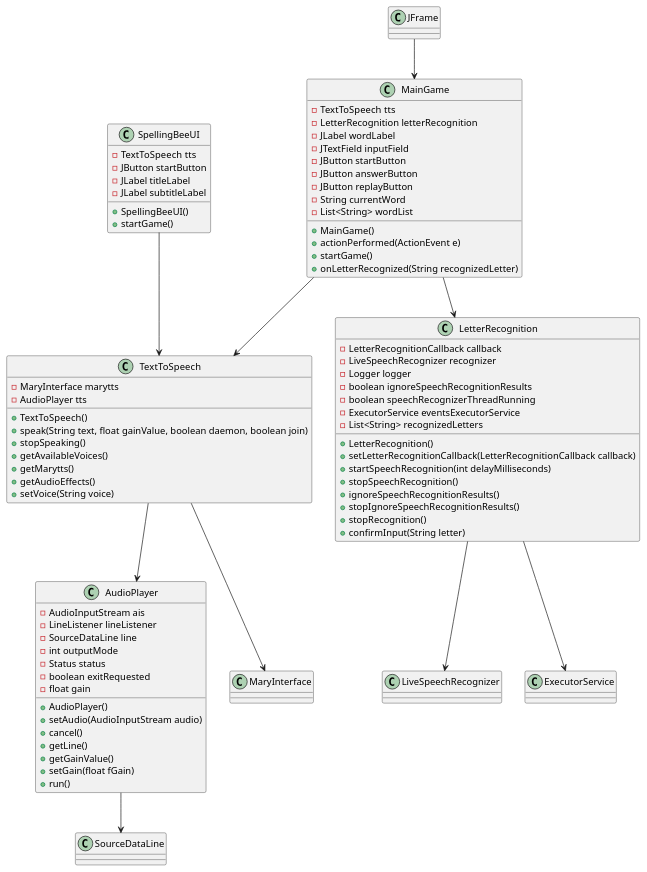
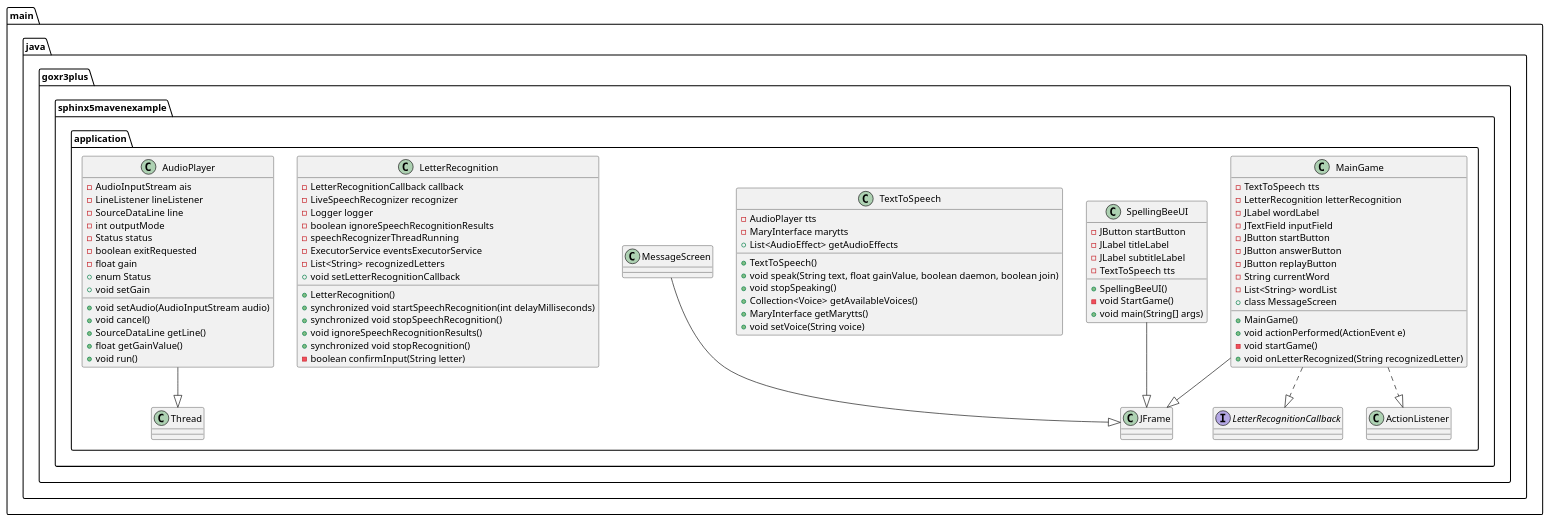
One commit to almirarana31/OOPFinalProject changed the diagram in src/main/java/goxr3plus/sphinx5mavenexample/application/Class.puml. Above: the diagram before and after it, drawn with PlantUML.

```diff
--- a/src/main/java/goxr3plus/sphinx5mavenexample/application/Class.puml
+++ b/src/main/java/goxr3plus/sphinx5mavenexample/application/Class.puml
@@ -1,87 +1,80 @@
 @startuml
-class MainGame {
-  - TextToSpeech tts
-  - LetterRecognition letterRecognition
-  - JLabel wordLabel
-  - JTextField inputField
-  - JButton startButton
-  - JButton answerButton
-  - JButton replayButton
-  - String currentWord
-  - List<String> wordList
+package main.java.goxr3plus.sphinx5mavenexample.application {
+    class MainGame {
+        - TextToSpeech tts
+        - LetterRecognition letterRecognition
+        - JLabel wordLabel
+        - JTextField inputField
+        - JButton startButton
+        - JButton answerButton
+        - JButton replayButton
+        - String currentWord
+        - List<String> wordList
+        + MainGame()
+        + void actionPerformed(ActionEvent e)
+        - void startGame()
+        + void onLetterRecognized(String recognizedLetter)
+        + class MessageScreen
+    }
+    class SpellingBeeUI {
+    - JButton startButton
+    - JLabel titleLabel
+    - JLabel subtitleLabel
+    - TextToSpeech tts
+    + SpellingBeeUI()
+    - void StartGame()
+    + void main(String[] args)
+    }
+    class TextToSpeech {
+    - AudioPlayer tts
+    - MaryInterface marytts
+    + TextToSpeech()
+    + void speak(String text, float gainValue, boolean daemon, boolean join)
+    + void stopSpeaking()
+    + Collection<Voice> getAvailableVoices()
+    + MaryInterface getMarytts()
+    + List<AudioEffect> getAudioEffects
+    + void setVoice(String voice)
+    }
+    class AudioPlayer {
+    - AudioInputStream ais
+    - LineListener lineListener
+    - SourceDataLine line
+    - int outputMode
+    - Status status
+    - boolean exitRequested
+    - float gain
+    + enum Status
+    + void setAudio(AudioInputStream audio)
+    + void cancel()
+    + SourceDataLine getLine()
+    + float getGainValue()
+    + void setGain
+    + void run()
+    }
+    class LetterRecognition {
+    - LetterRecognitionCallback callback
+    - LiveSpeechRecognizer recognizer
+    - Logger logger
+    - boolean ignoreSpeechRecognitionResults
+    - speechRecognizerThreadRunning
+    - ExecutorService eventsExecutorService
+    - List<String> recognizedLetters
+    + LetterRecognition()
+    + void setLetterRecognitionCallback
+    + synchronized void startSpeechRecognition(int delayMilliseconds)
+    + synchronized void stopSpeechRecognition()
+    + void ignoreSpeechRecognitionResults()
+    + synchronized void stopRecognition()
+    - boolean confirmInput(String letter)
+    }
+    interface LetterRecognitionCallback
 
-  + MainGame()
-  + actionPerformed(ActionEvent e)
-  + startGame()
-  + onLetterRecognized(String recognizedLetter)
-}
 
-class SpellingBeeUI {
-  - TextToSpeech tts
-  - JButton startButton
-  - JLabel titleLabel
-  - JLabel subtitleLabel
-
-  + SpellingBeeUI()
-  + startGame()
-}
-
-class TextToSpeech {
-  - MaryInterface marytts
-  - AudioPlayer tts
-
-  + TextToSpeech()
-  + speak(String text, float gainValue, boolean daemon, boolean join)
-  + stopSpeaking()
-  + getAvailableVoices()
-  + getMarytts()
-  + getAudioEffects()
-  + setVoice(String voice)
-}
-
-class AudioPlayer {
-  - AudioInputStream ais
-  - LineListener lineListener
-  - SourceDataLine line
-  - int outputMode
-  - Status status
-  - boolean exitRequested
-  - float gain
-
-  + AudioPlayer()
-  + setAudio(AudioInputStream audio)
-  + cancel()
-  + getLine()
-  + getGainValue()
-  + setGain(float fGain)
-  + run()
-}
-
-class LetterRecognition {
-  - LetterRecognitionCallback callback
-  - LiveSpeechRecognizer recognizer
-  - Logger logger
-  - boolean ignoreSpeechRecognitionResults
-  - boolean speechRecognizerThreadRunning
-  - ExecutorService eventsExecutorService
-  - List<String> recognizedLetters
-
-  + LetterRecognition()
-  + setLetterRecognitionCallback(LetterRecognitionCallback callback)
-  + startSpeechRecognition(int delayMilliseconds)
-  + stopSpeechRecognition()
-  + ignoreSpeechRecognitionResults()
-  + stopIgnoreSpeechRecognitionResults()
-  + stopRecognition()
-  + confirmInput(String letter)
-}
-JFrame --> MainGame
-MainGame --> TextToSpeech
-MainGame --> LetterRecognition
-SpellingBeeUI --> TextToSpeech
-TextToSpeech --> MaryInterface
-TextToSpeech --> AudioPlayer
-AudioPlayer --> SourceDataLine
-LetterRecognition --> LiveSpeechRecognizer
-LetterRecognition --> ExecutorService
+MainGame --|> JFrame
+MainGame ..|> ActionListener
+MainGame ..|> LetterRecognitionCallback
+MessageScreen --|> JFrame
+SpellingBeeUI --|> JFrame
+AudioPlayer --|> Thread
 @enduml
```
